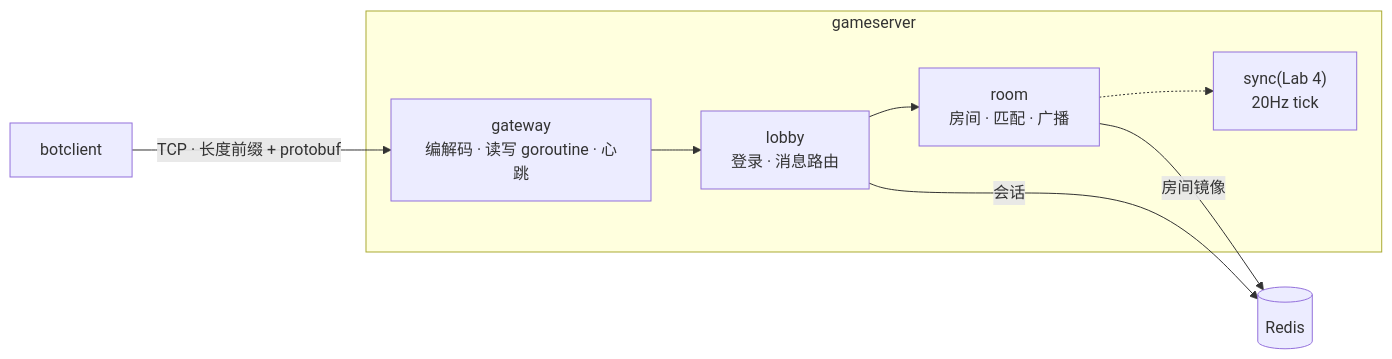
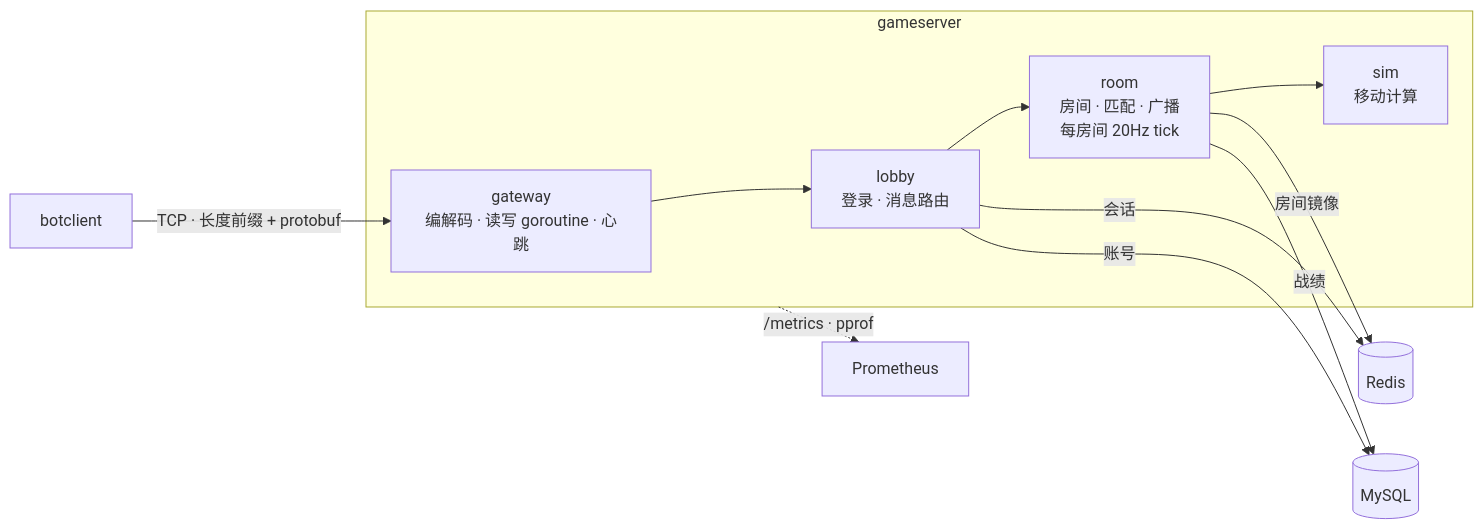
One commit to Anthonyz5527083/game-server changed the diagram in README.md. Above: the diagram before and after it, drawn with Mermaid. The commit also changed other lines of this file and 1 other file, not shown here.

First line of the commit message:
docs: README / ARCHITECTURE 定稿

````diff
--- a/README.md
+++ b/README.md
@@ -18,11 +21,14 @@
 ```mermaid
 flowchart LR
   bot[botclient] -- "TCP · 长度前缀 + protobuf" --> gw
   subgraph gameserver
     gw["gateway<br/>编解码 · 读写 goroutine · 心跳"] --> lobby["lobby<br/>登录 · 消息路由"]
-    lobby --> room["room<br/>房间 · 匹配 · 广播"]
-    room -.-> sync["sync(Lab 4)<br/>20Hz tick"]
+    lobby --> room["room<br/>房间 · 匹配 · 广播<br/>每房间 20Hz tick"]
+    room --> sim["sim<br/>移动计算"]
   end
   lobby -- 会话 --> redis[(Redis)]
   room -- 房间镜像 --> redis
+  lobby -- 账号 --> mysql[(MySQL)]
+  room -- 战绩 --> mysql
+  gameserver -. "/metrics · pprof" .-> prom[Prometheus]
 ```
````
